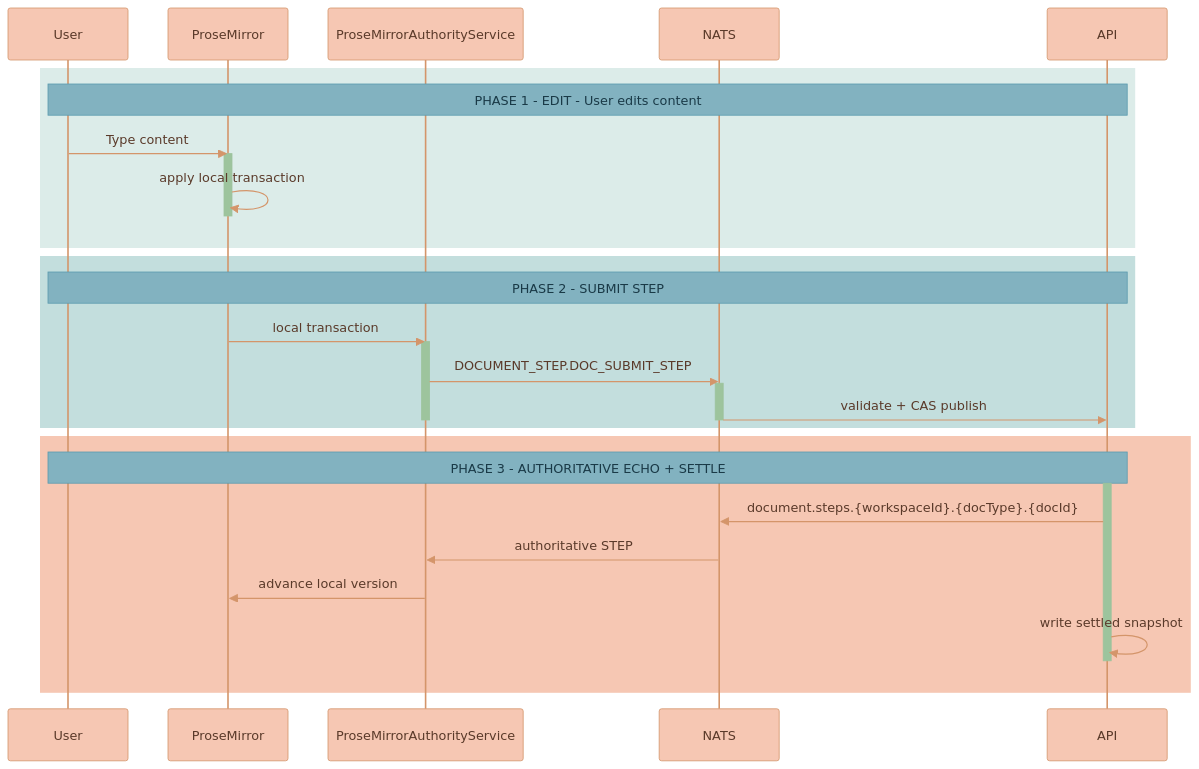
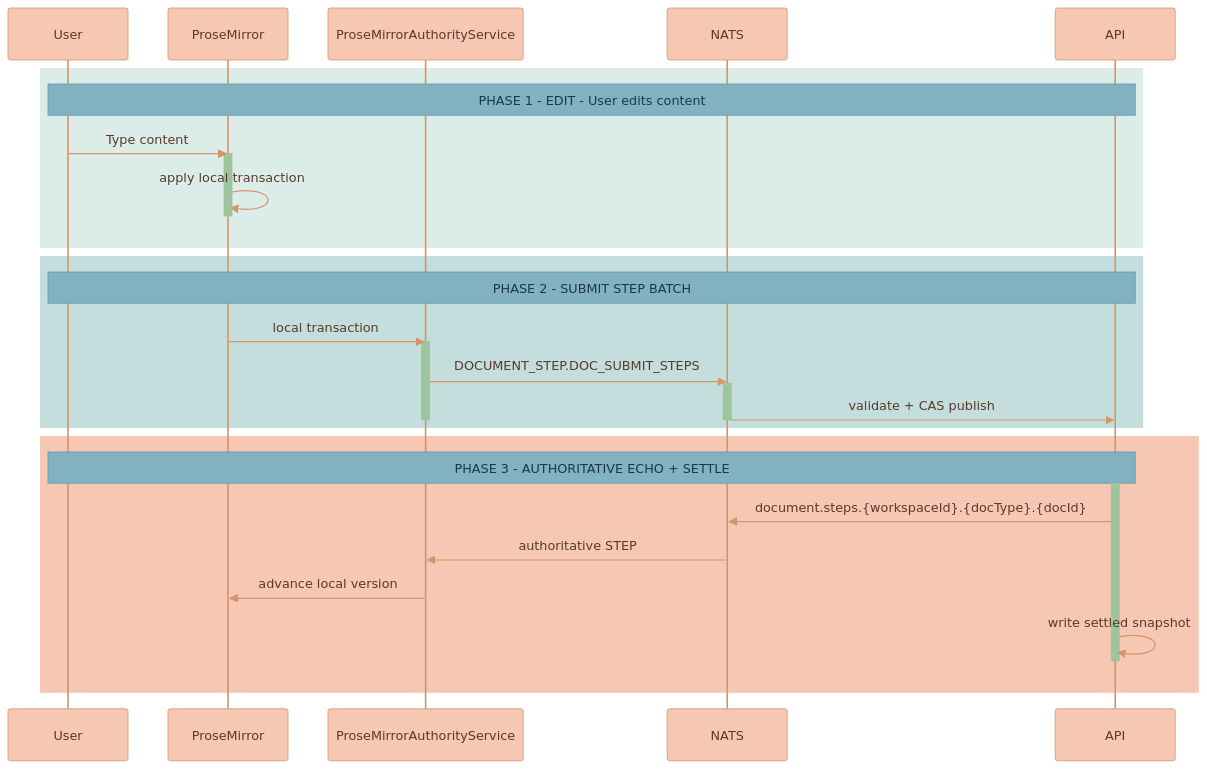
The fifth of 6 diagrams in documentation/canvas/USER-FLOWS.md (Lixpi/lixpi), drawn with Mermaid before and after one commit. The commit also changed other lines of this file and 19 other files, not shown here.

````diff
--- a/documentation/canvas/USER-FLOWS.md
+++ b/documentation/canvas/USER-FLOWS.md
@@ -237,46 +237,46 @@
 ```mermaid
 %%{init: {'theme': 'base', 'themeVariables': { 'noteBkgColor': '#82B2C0', 'noteTextColor': '#1a3a47', 'noteBorderColor': '#5a9aad', 'actorBkg': '#F6C7B3', 'actorBorder': '#d4956a', 'actorTextColor': '#5a3a2a', 'actorLineColor': '#d4956a', 'signalColor': '#d4956a', 'signalTextColor': '#5a3a2a', 'labelBoxBkgColor': '#F6C7B3', 'labelBoxBorderColor': '#d4956a', 'labelTextColor': '#5a3a2a', 'loopTextColor': '#5a3a2a', 'activationBorderColor': '#9DC49D', 'activationBkgColor': '#9DC49D', 'sequenceNumberColor': '#5a3a2a'}}}%%
 sequenceDiagram
     participant User
     participant ProseMirror
     participant Auth as ProseMirrorAuthorityService
     participant NATS
     participant API
     %% ═══════════════════════════════════════════════════════════════
     %% PHASE 1: EDIT
     %% ═══════════════════════════════════════════════════════════════
     rect rgb(220, 236, 233)
         Note over User, API: PHASE 1 - EDIT - User edits content
         User->>ProseMirror: Type content
         activate ProseMirror
         ProseMirror->>ProseMirror: apply local transaction
         deactivate ProseMirror
     end
 
     %% ═══════════════════════════════════════════════════════════════
     %% PHASE 2: PROPAGATE
     %% ═══════════════════════════════════════════════════════════════
     rect rgb(195, 222, 221)
-        Note over User, API: PHASE 2 - SUBMIT STEP
+        Note over User, API: PHASE 2 - SUBMIT STEP BATCH
         ProseMirror->>Auth: local transaction
         activate Auth
-        Auth->>NATS: DOCUMENT_STEP.DOC_SUBMIT_STEP
+        Auth->>NATS: DOCUMENT_STEP.DOC_SUBMIT_STEPS
         activate NATS
         NATS->>API: validate + CAS publish
         deactivate NATS
         deactivate Auth
     end
 
     %% ═══════════════════════════════════════════════════════════════
     %% PHASE 3: AUTHORITATIVE ECHO + SETTLE
     %% ═══════════════════════════════════════════════════════════════
     rect rgb(246, 199, 179)
         Note over User, API: PHASE 3 - AUTHORITATIVE ECHO + SETTLE
         activate API
         API->>NATS: document.steps.{workspaceId}.{docType}.{docId}
         NATS->>Auth: authoritative STEP
         Auth->>ProseMirror: advance local version
         API->>API: write settled snapshot
         deactivate API
     end
 ```
````
